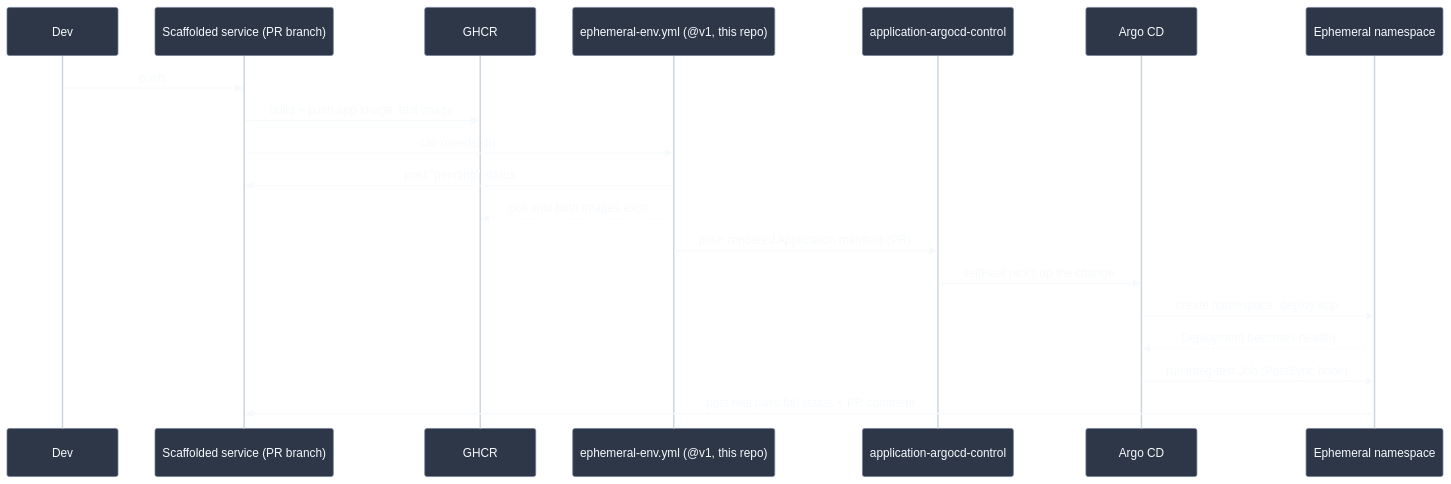
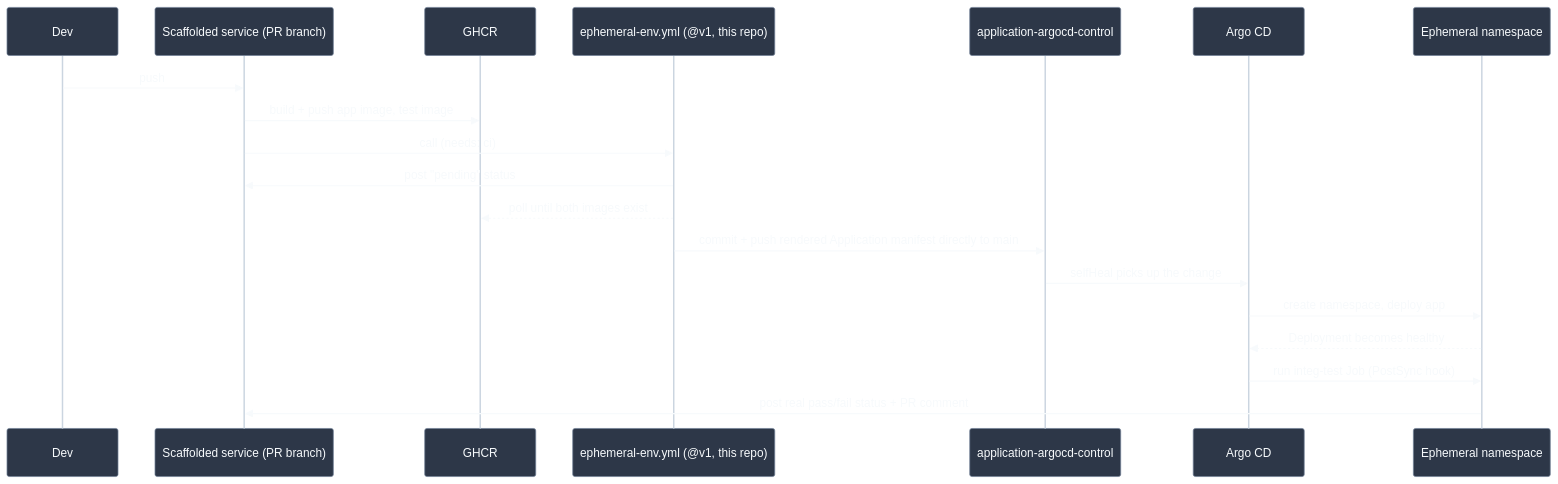
Before and after one commit to lukasb27/backstage-templates: the diagram in docs/architecture.md, drawn with Mermaid. The commit also changed 3 other files, not shown here.

````diff
--- a/docs/architecture.md
+++ b/docs/architecture.md
@@ -35,46 +35,46 @@
 ```mermaid
 %%{init: {
   "theme": "base",
   "themeVariables": {
     "background": "#1e1e1e",
     "primaryColor": "#2d3748",
     "primaryTextColor": "#f7fafc",
     "primaryBorderColor": "#718096",
     "lineColor": "#cbd5e0",
     "textColor": "#f7fafc",
     "actorTextColor": "#f7fafc",
     "actorLineColor": "#cbd5e0",
     "signalColor": "#f7fafc",
     "signalTextColor": "#f7fafc",
     "labelBoxBkgColor": "#2d3748",
     "labelBoxBorderColor": "#718096",
     "labelTextColor": "#f7fafc",
     "loopTextColor": "#f7fafc",
     "noteBkgColor": "#4a5568",
     "noteTextColor": "#f7fafc",
     "noteBorderColor": "#718096",
     "activationBkgColor": "#4a5568",
     "activationBorderColor": "#718096"
   }
 }}%%
 sequenceDiagram
     participant Dev
     participant Svc as Scaffolded service (PR branch)
     participant GHCR
     participant Env as ephemeral-env.yml (@v1, this repo)
     participant Control as application-argocd-control
     participant Argo as Argo CD
     participant K8s as Ephemeral namespace
 
     Dev->>Svc: push
     Svc->>GHCR: build + push app image, test image
     Svc->>Env: call (needs: ci)
     Env->>Svc: post "pending" status
     Env-->>GHCR: poll until both images exist
-    Env->>Control: push rendered Application manifest (PR)
+    Env->>Control: commit + push rendered Application manifest directly to main
     Control->>Argo: selfHeal picks up the change
     Argo->>K8s: create namespace, deploy app
     K8s-->>Argo: Deployment becomes healthy
     Argo->>K8s: run integ-test Job (PostSync hook)
     K8s->>Svc: post real pass/fail status + PR comment
 ```
````
